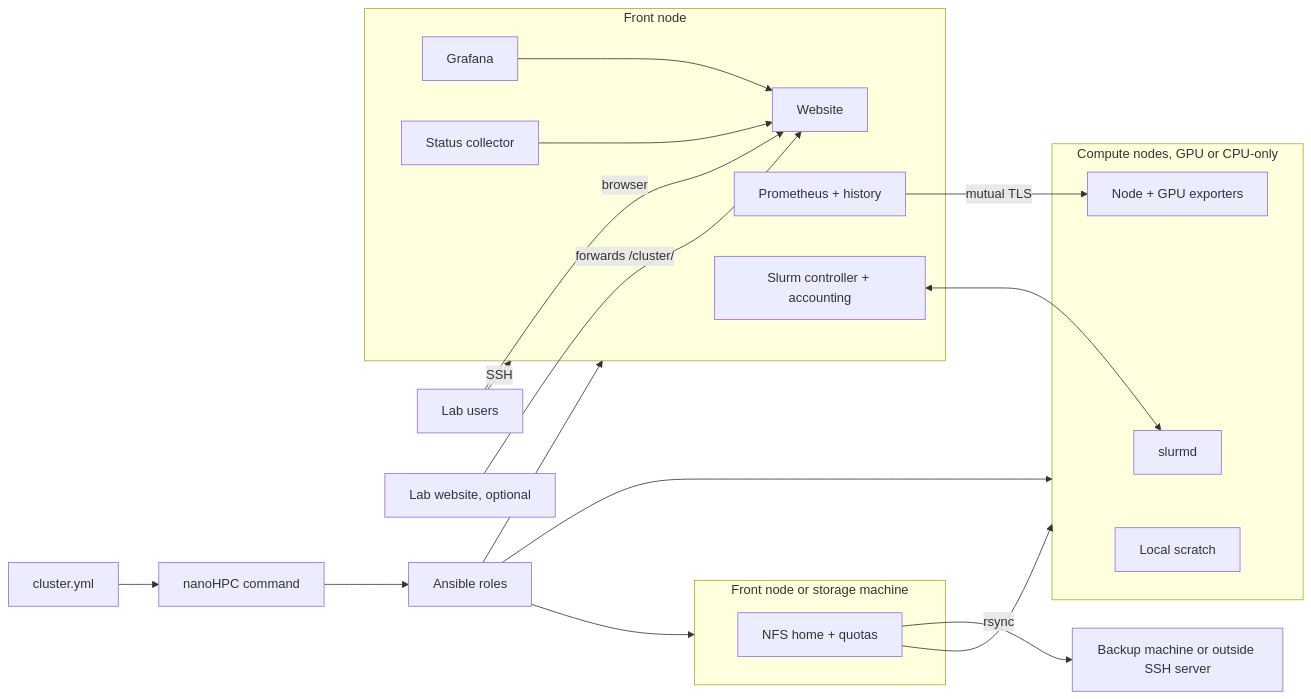
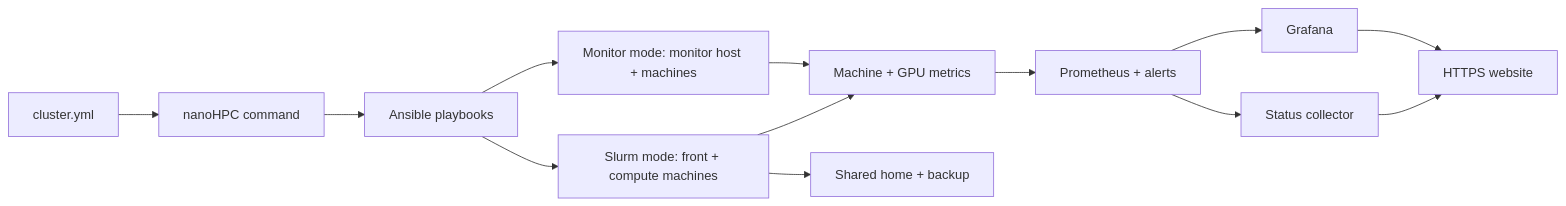
One commit to enajx/nanoHPC changed the second of 2 diagrams in PROJECT.md. Above: the diagram before and after it, drawn with Mermaid. The commit also changed other lines of this file, not shown here.

Commit message:
Document monitor-only deployment on main
- Update the project scope and technical specification for Slurm and monitor modes
- Keep the project plan and architecture diagrams current
- Record the verified monitor-only deployment in project status

````diff
--- a/PROJECT.md
+++ b/PROJECT.md
@@ -82,36 +87,15 @@
 ```mermaid
 flowchart LR
   CFG[cluster.yml] --> CLI[nanoHPC command]
-  CLI --> ANS[Ansible roles]
-  ANS --> FN
-  ANS --> CN
-  ANS --> ST
-
-  subgraph FN[Front node]
-    CTL[Slurm controller + accounting]
-    PROM[Prometheus + history]
-    GRAF[Grafana]
-    COL[Status collector]
-    WEB[Website]
-  end
-
-  subgraph ST[Front node or storage machine]
-    NFS[NFS home + quotas]
-  end
-
-  subgraph CN[Compute nodes, GPU or CPU-only]
-    SD[slurmd]
-    EXP[Node + GPU exporters]
-    SCR[Local scratch]
-  end
-
-  CTL <--> SD
-  NFS --> CN
-  NFS -- rsync --> BK[Backup machine or outside SSH server]
-  PROM -- mutual TLS --> EXP
-  COL --> WEB
+  CLI --> ANS[Ansible playbooks]
+  ANS --> SL[Slurm mode: front + compute machines]
+  ANS --> MO[Monitor mode: monitor host + machines]
+  SL --> EXP[Machine + GPU metrics]
+  MO --> EXP
+  EXP --> PROM[Prometheus + alerts]
+  PROM --> COL[Status collector]
+  PROM --> GRAF[Grafana]
+  COL --> WEB[HTTPS website]
   GRAF --> WEB
-  USERS[Lab users] -- SSH --> FN
-  USERS -- browser --> WEB
-  LAB[Lab website, optional] -- forwards /cluster/ --> WEB
+  SL --> HOME[Shared home + backup]
 ```
````
